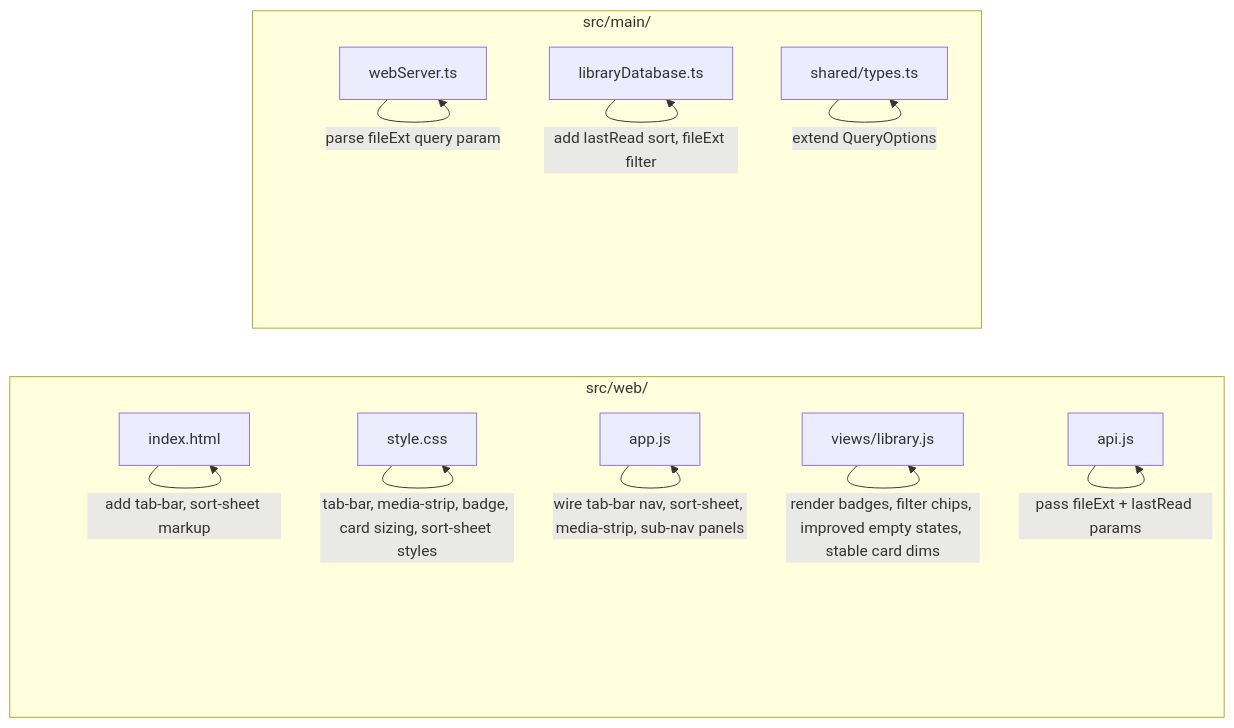
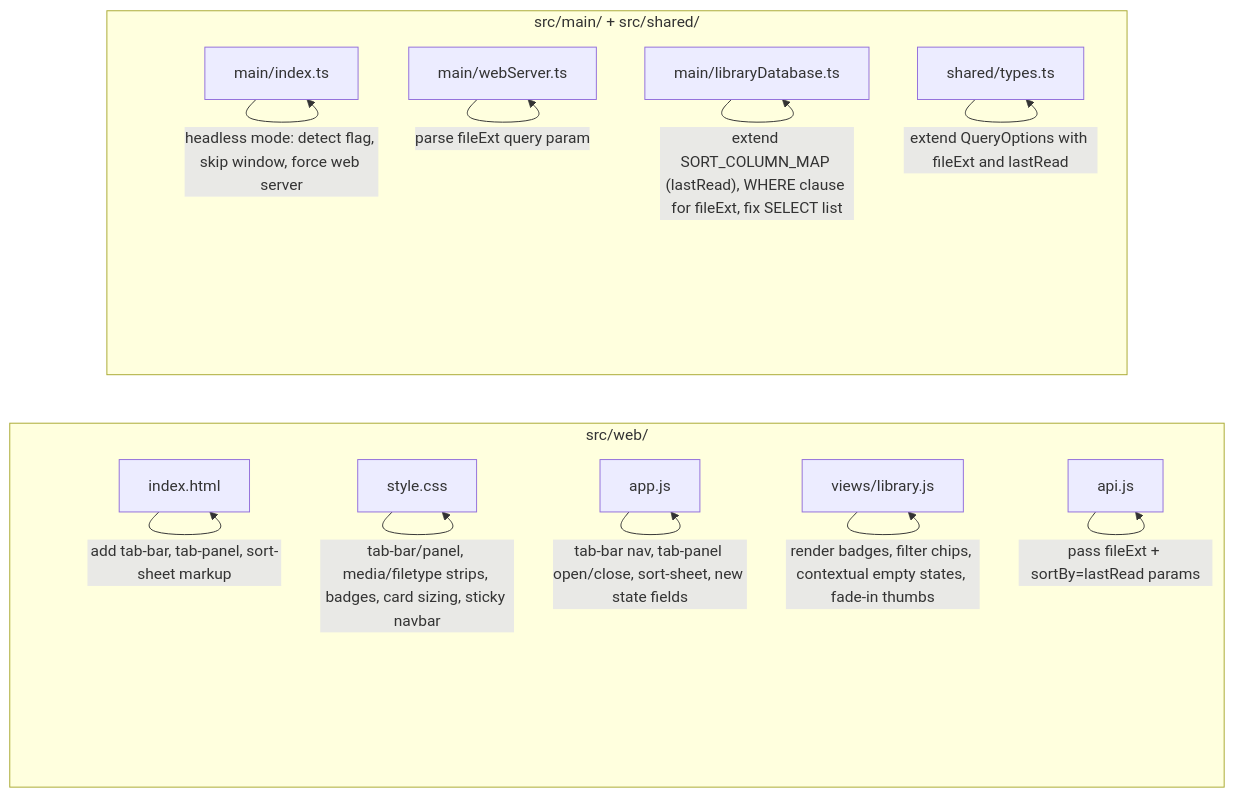
The diagram in .kiro/specs/web-library-mobile-ux/design.md (s4njee/CB8), drawn with Mermaid before and after one commit. The commit also changed other lines of this file and 1 other file, not shown here.

First line of the commit message:
Sharpen web-library-mobile-ux spec

````diff
--- a/.kiro/specs/web-library-mobile-ux/design.md
+++ b/.kiro/specs/web-library-mobile-ux/design.md
@@ -60,24 +66,26 @@
 ```mermaid
 graph LR
   subgraph Client ["src/web/"]
     HTML["index.html"]
     CSS["style.css"]
     APP["app.js"]
     LIB["views/library.js"]
     API["api.js"]
   end
-  subgraph Server ["src/main/"]
-    WS["webServer.ts"]
-    DB["libraryDatabase.ts"]
+  subgraph Server ["src/main/ + src/shared/"]
+    INDEX["main/index.ts"]
+    WS["main/webServer.ts"]
+    DB["main/libraryDatabase.ts"]
     TYPES["shared/types.ts"]
   end
 
-  HTML -- "add tab-bar, sort-sheet markup" --> HTML
-  CSS -- "tab-bar, media-strip, badge, card sizing, sort-sheet styles" --> CSS
-  APP -- "wire tab-bar nav, sort-sheet, media-strip, sub-nav panels" --> APP
-  LIB -- "render badges, filter chips, improved empty states, stable card dims" --> LIB
-  API -- "pass fileExt + lastRead params" --> API
+  HTML -- "add tab-bar, tab-panel, sort-sheet markup" --> HTML
+  CSS -- "tab-bar/panel, media/filetype strips, badges, card sizing, sticky navbar" --> CSS
+  APP -- "tab-bar nav, tab-panel open/close, sort-sheet, new state fields" --> APP
+  LIB -- "render badges, filter chips, contextual empty states, fade-in thumbs" --> LIB
+  API -- "pass fileExt + sortBy=lastRead params" --> API
+  INDEX -- "headless mode: detect flag, skip window, force web server" --> INDEX
   WS -- "parse fileExt query param" --> WS
-  DB -- "add lastRead sort, fileExt filter" --> DB
-  TYPES -- "extend QueryOptions" --> TYPES
+  DB -- "extend SORT_COLUMN_MAP (lastRead), WHERE clause for fileExt, fix SELECT list" --> DB
+  TYPES -- "extend QueryOptions with fileExt and lastRead" --> TYPES
 ```
````
